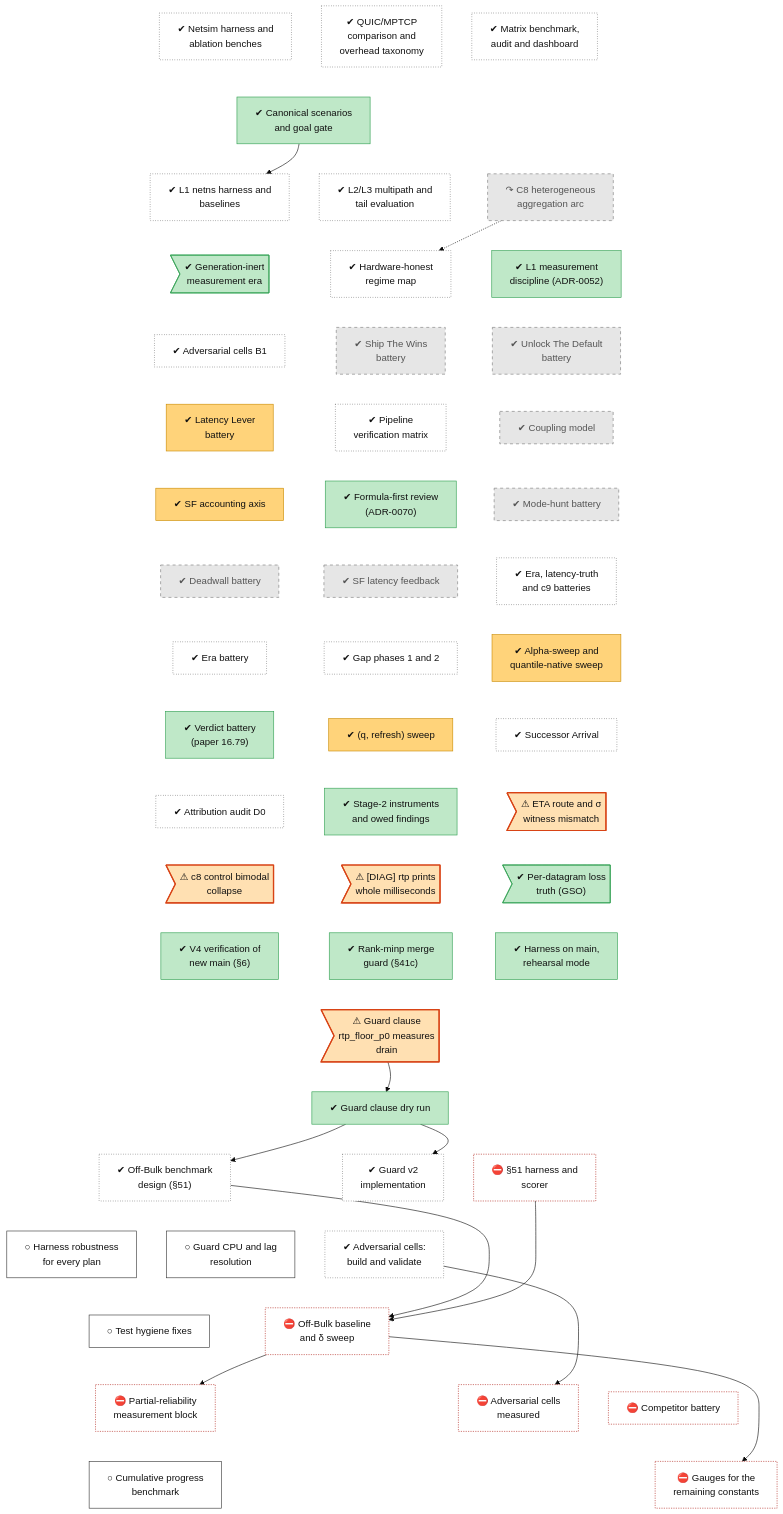
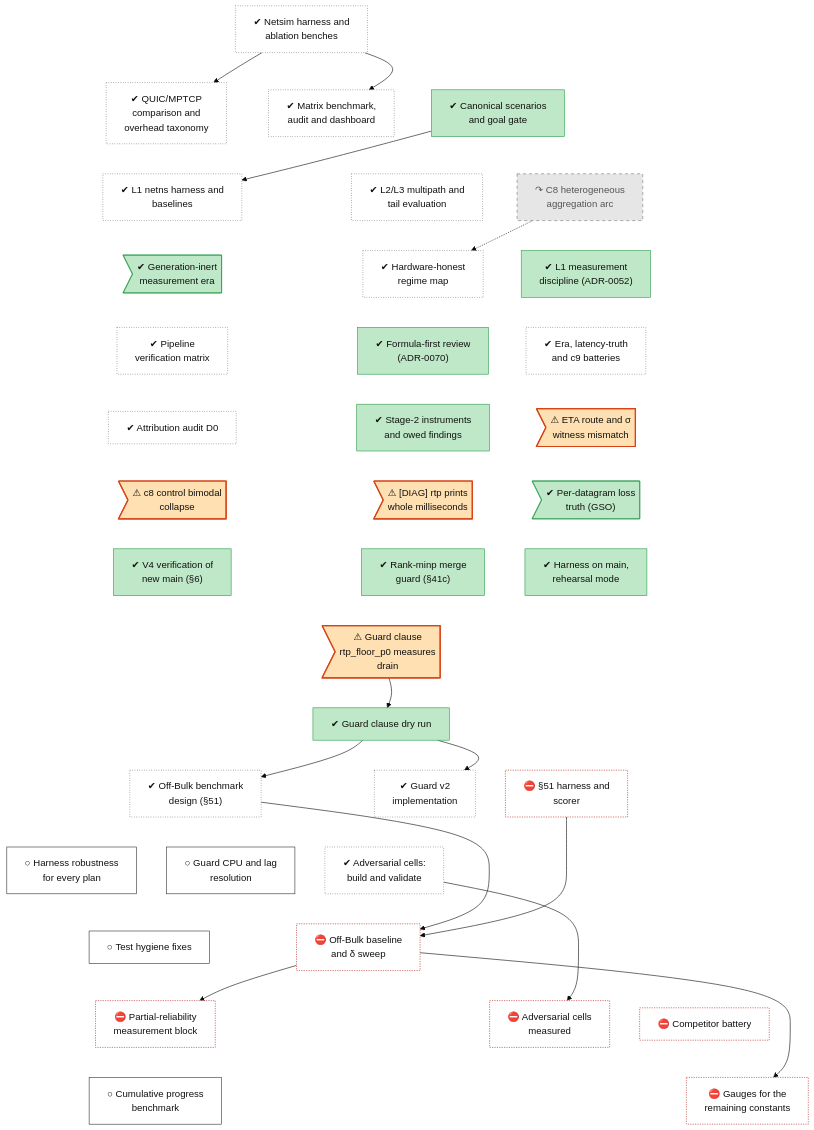
One commit to lhns/raptorpath changed the diagram in docs/roadmap/tracks/meas.md. Above: the diagram before and after it, drawn with Mermaid (base theme). The commit also changed other lines of this file and 9 other files, not shown here.

Commit message:
roadmap: fold duplicate August batteries into existing nodes, retrack the rest, verbatim quotes, April folds, old-history overview nodes

```diff
--- a/docs/roadmap/tracks/meas.md
+++ b/docs/roadmap/tracks/meas.md
@@ -19,24 +19,9 @@
     meas_gen_inert_era>"✔ Generation-inert<br/>measurement era"]
     meas_regime_map["✔ Hardware-honest<br/>regime map"]
     meas_adr52_discipline["✔ L1 measurement<br/>discipline (ADR-0052)"]
-    meas_adversarial_cells_b1["✔ Adversarial cells B1"]
-    meas_ship_the_wins["✔ Ship The Wins<br/>battery"]
-    meas_unlock_the_default["✔ Unlock The Default<br/>battery"]
-    meas_latency_lever["✔ Latency Lever<br/>battery"]
     meas_pipeline_verification["✔ Pipeline<br/>verification matrix"]
-    meas_coupling_model["✔ Coupling model"]
-    meas_sf_accounting_axis["✔ SF accounting axis"]
     meas_formula_first["✔ Formula-first review<br/>(ADR-0070)"]
-    meas_mode_hunt["✔ Mode-hunt battery"]
-    meas_deadwall_battery["✔ Deadwall battery"]
-    meas_sf_latency_feedback["✔ SF latency feedback"]
     meas_goal_0819["✔ Era, latency-truth<br/>and c9 batteries"]
-    meas_era_battery["✔ Era battery"]
-    meas_gap_phases["✔ Gap phases 1 and 2"]
-    meas_alpha_sweep["✔ Alpha-sweep and<br/>quantile-native sweep"]
-    meas_verdict_battery["✔ Verdict battery<br/>(paper 16.79)"]
-    meas_q_refresh_sweep["✔ (q, refresh) sweep"]
-    meas_successor_arrival["✔ Successor Arrival"]
     meas_attribution_audit["✔ Attribution audit D0"]
     meas_wire_v8["✔ Stage-2 instruments<br/>and owed findings"]
     meas_defect_eta_witness>"⚠ ETA route and σ<br/>witness mismatch"]
@@ -61,36 +46,21 @@
     meas_competitor_battery["⛔ Competitor battery"]
     meas_progress_baseline["○ Cumulative progress<br/>benchmark"]
     meas_fix_gauges_p3["⛔ Gauges for the<br/>remaining constants"]
+    meas_l0_sim_bench ~~~ meas_transport_comparison
+    meas_l0_sim_bench ~~~ meas_matrix_bench
     meas_l0_sim_bench ~~~ meas_adr51_scenarios
-    meas_transport_comparison ~~~ meas_adr51_scenarios
-    meas_matrix_bench ~~~ meas_adr51_scenarios
-    meas_adr51_scenarios ~~~ meas_l1_harness
-    meas_adr51_scenarios ~~~ meas_l2_multipath
+    meas_transport_comparison ~~~ meas_l1_harness
+    meas_matrix_bench ~~~ meas_l2_multipath
     meas_adr51_scenarios ~~~ meas_c8_aggregation_arc
     meas_l1_harness ~~~ meas_gen_inert_era
     meas_l2_multipath ~~~ meas_regime_map
     meas_c8_aggregation_arc ~~~ meas_adr52_discipline
-    meas_gen_inert_era ~~~ meas_adversarial_cells_b1
-    meas_regime_map ~~~ meas_ship_the_wins
-    meas_adr52_discipline ~~~ meas_unlock_the_default
-    meas_adversarial_cells_b1 ~~~ meas_latency_lever
-    meas_ship_the_wins ~~~ meas_pipeline_verification
-    meas_unlock_the_default ~~~ meas_coupling_model
-    meas_latency_lever ~~~ meas_sf_accounting_axis
-    meas_pipeline_verification ~~~ meas_formula_first
-    meas_coupling_model ~~~ meas_mode_hunt
-    meas_sf_accounting_axis ~~~ meas_deadwall_battery
-    meas_formula_first ~~~ meas_sf_latency_feedback
-    meas_mode_hunt ~~~ meas_goal_0819
-    meas_deadwall_battery ~~~ meas_era_battery
-    meas_sf_latency_feedback ~~~ meas_gap_phases
-    meas_goal_0819 ~~~ meas_alpha_sweep
-    meas_era_battery ~~~ meas_verdict_battery
-    meas_gap_phases ~~~ meas_q_refresh_sweep
-    meas_alpha_sweep ~~~ meas_successor_arrival
-    meas_verdict_battery ~~~ meas_attribution_audit
-    meas_q_refresh_sweep ~~~ meas_wire_v8
-    meas_successor_arrival ~~~ meas_defect_eta_witness
+    meas_gen_inert_era ~~~ meas_pipeline_verification
+    meas_regime_map ~~~ meas_formula_first
+    meas_adr52_discipline ~~~ meas_goal_0819
+    meas_pipeline_verification ~~~ meas_attribution_audit
+    meas_formula_first ~~~ meas_wire_v8
+    meas_goal_0819 ~~~ meas_defect_eta_witness
     meas_attribution_audit ~~~ meas_defect_c8_bimodal
     meas_wire_v8 ~~~ meas_defect_diag_rtp_ms
     meas_defect_eta_witness ~~~ meas_gso_truth
@@ -116,6 +86,8 @@
     meas_s51b_rho ~~~ meas_progress_baseline
     meas_adversarial_cells_run ~~~ meas_fix_gauges_p3
     meas_competitor_battery ~~~ meas_fix_gauges_p3
+    meas_l0_sim_bench --> meas_transport_comparison
+    meas_l0_sim_bench --> meas_matrix_bench
     meas_adr51_scenarios --> meas_l1_harness
     meas_c8_aggregation_arc -.-> meas_regime_map
     meas_defect_rtp_floor --> meas_guard_clause_dry
@@ -139,10 +111,9 @@
     classDef userdec fill:#d9c2f0,stroke:#7b3fb5,color:#111
     classDef defect fill:#ffe0b2,stroke:#d84315,stroke-width:2px,color:#111
     classDef waiting fill:#e3f2fd,stroke:#1f6fc5,stroke-dasharray:5 5,color:#111
-    class meas_l0_sim_bench,meas_transport_comparison,meas_matrix_bench,meas_l1_harness,meas_l2_multipath,meas_regime_map,meas_adversarial_cells_b1,meas_pipeline_verification,meas_goal_0819,meas_era_battery,meas_gap_phases,meas_successor_arrival,meas_attribution_audit,meas_guard_v2_impl,meas_s51_design,meas_adversarial_cells_build unrated
-    class meas_adr51_scenarios,meas_gen_inert_era,meas_adr52_discipline,meas_formula_first,meas_verdict_battery,meas_wire_v8,meas_gso_truth,meas_v4_verification,meas_guard_41c,meas_harness_consolidation,meas_guard_clause_dry succ
-    class meas_c8_aggregation_arc,meas_ship_the_wins,meas_unlock_the_default,meas_coupling_model,meas_mode_hunt,meas_deadwall_battery,meas_sf_latency_feedback dead
-    class meas_latency_lever,meas_sf_accounting_axis,meas_alpha_sweep,meas_q_refresh_sweep mixed
+    class meas_l0_sim_bench,meas_transport_comparison,meas_matrix_bench,meas_l1_harness,meas_l2_multipath,meas_regime_map,meas_pipeline_verification,meas_goal_0819,meas_attribution_audit,meas_guard_v2_impl,meas_s51_design,meas_adversarial_cells_build unrated
+    class meas_adr51_scenarios,meas_gen_inert_era,meas_adr52_discipline,meas_formula_first,meas_wire_v8,meas_gso_truth,meas_v4_verification,meas_guard_41c,meas_harness_consolidation,meas_guard_clause_dry succ
+    class meas_c8_aggregation_arc dead
     class meas_defect_eta_witness,meas_defect_c8_bimodal,meas_defect_diag_rtp_ms,meas_defect_rtp_floor defect
     class meas_s51_harness,meas_s51_session,meas_s51b_rho,meas_adversarial_cells_run,meas_competitor_battery,meas_fix_gauges_p3 blocked
     class meas_harness_robustness,meas_guard_resolution,meas_test_hygiene,meas_progress_baseline next
```
